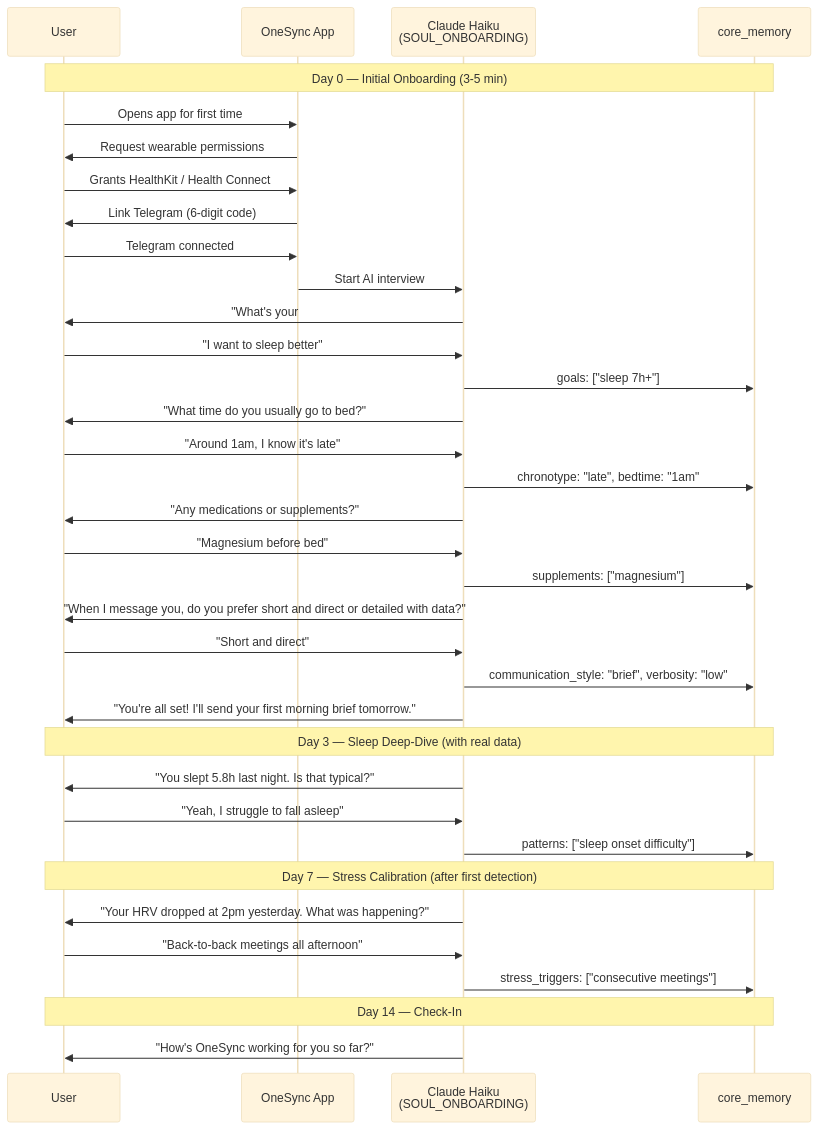
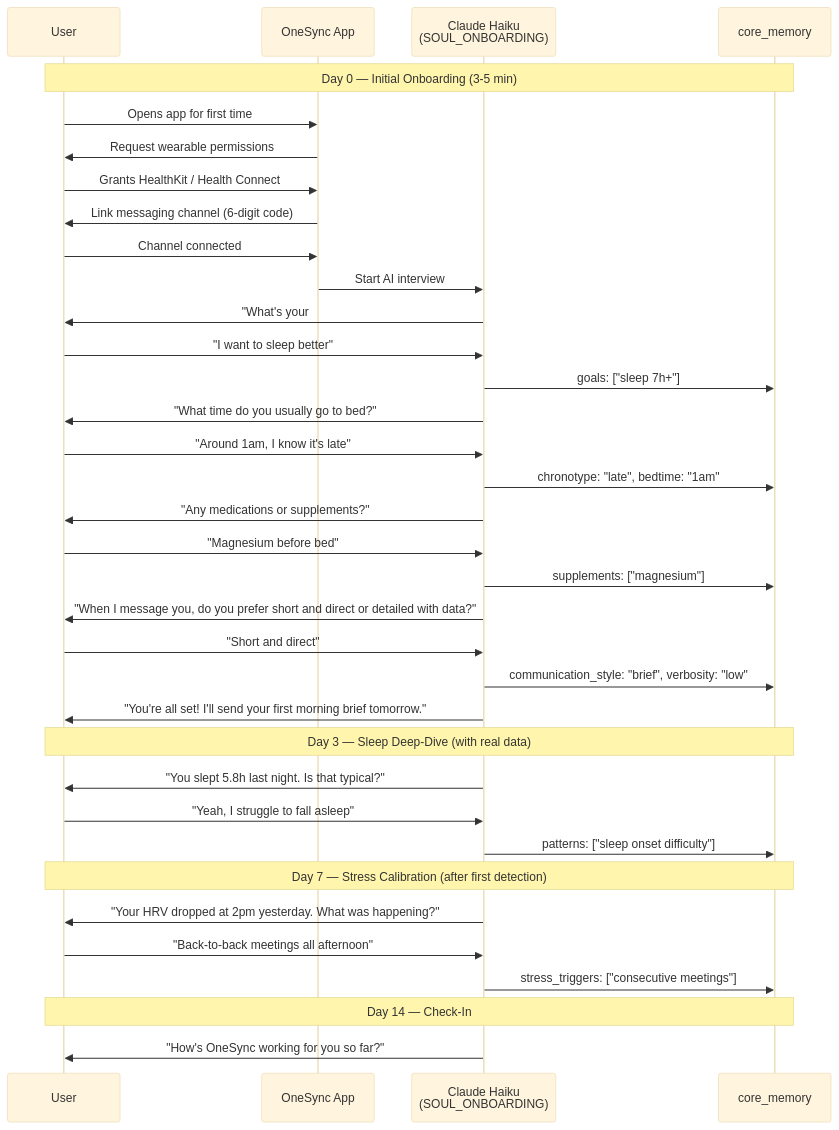
Before and after one commit to Pin4sf/Waldo: the second of 8 diagrams in docs-site/diagrams.md, drawn with Mermaid (base theme). The commit also changed other lines of this file and 19 other files, not shown here.

First line of the commit message:
docs: add adapter pattern architecture, competitive analysis, and ecosystem framing

````diff
--- a/docs-site/diagrams.md
+++ b/docs-site/diagrams.md
@@ -73,42 +73,42 @@
 ```mermaid
 sequenceDiagram
     participant U as User
     participant APP as OneSync App
     participant AI as Claude Haiku<br/>(SOUL_ONBOARDING)
     participant MEM as core_memory
 
     Note over U,MEM: Day 0 — Initial Onboarding (3-5 min)
     U->>APP: Opens app for first time
     APP->>U: Request wearable permissions
     U->>APP: Grants HealthKit / Health Connect
-    APP->>U: Link Telegram (6-digit code)
-    U->>APP: Telegram connected
+    APP->>U: Link messaging channel (6-digit code)
+    U->>APP: Channel connected
 
     APP->>AI: Start AI interview
     AI->>U: "What's your #1 health goal?"
     U->>AI: "I want to sleep better"
     AI->>MEM: goals: ["sleep 7h+"]
     AI->>U: "What time do you usually go to bed?"
     U->>AI: "Around 1am, I know it's late"
     AI->>MEM: chronotype: "late", bedtime: "1am"
     AI->>U: "Any medications or supplements?"
     U->>AI: "Magnesium before bed"
     AI->>MEM: supplements: ["magnesium"]
     AI->>U: "When I message you, do you prefer short and direct or detailed with data?"
     U->>AI: "Short and direct"
     AI->>MEM: communication_style: "brief", verbosity: "low"
     AI->>U: "You're all set! I'll send your first morning brief tomorrow."
 
     Note over U,MEM: Day 3 — Sleep Deep-Dive (with real data)
     AI->>U: "You slept 5.8h last night. Is that typical?"
     U->>AI: "Yeah, I struggle to fall asleep"
     AI->>MEM: patterns: ["sleep onset difficulty"]
 
     Note over U,MEM: Day 7 — Stress Calibration (after first detection)
     AI->>U: "Your HRV dropped at 2pm yesterday. What was happening?"
     U->>AI: "Back-to-back meetings all afternoon"
     AI->>MEM: stress_triggers: ["consecutive meetings"]
 
     Note over U,MEM: Day 14 — Check-In
     AI->>U: "How's OneSync working for you so far?"
 ```
````
